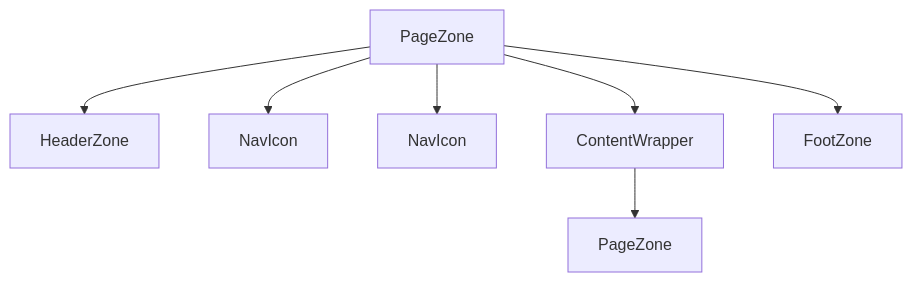
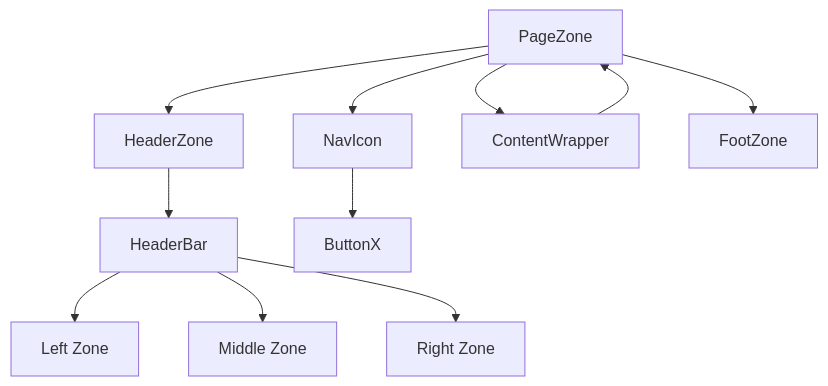
Before and after one commit to jcempro/calc: the diagram in help/layout/Layout.md, drawn with Mermaid. The commit also changed other lines of this file, not shown here.

````diff
--- a/help/layout/Layout.md
+++ b/help/layout/Layout.md
@@ -45,9 +49,13 @@
 ```mermaid
 graph TD
-  PageZone --> HeaderZone
-  PageZone --> NavIcon1[NavIcon]
-  PageZone --> NavIcon2[NavIcon]
-  PageZone --> ContentWrapper
-  PageZone --> FootZone
-  ContentWrapper --> NestedPage[PageZone]
+    A[PageZone] --> B[HeaderZone]
+    A --> C[NavIcon]
+    A --> D[ContentWrapper]
+    A --> E[FootZone]
+    B --> F[HeaderBar]
+    F --> G[Left Zone]
+    F --> H[Middle Zone]
+    F --> I[Right Zone]
+    C --> J[ButtonX]
+    D --> A
 ```
````
